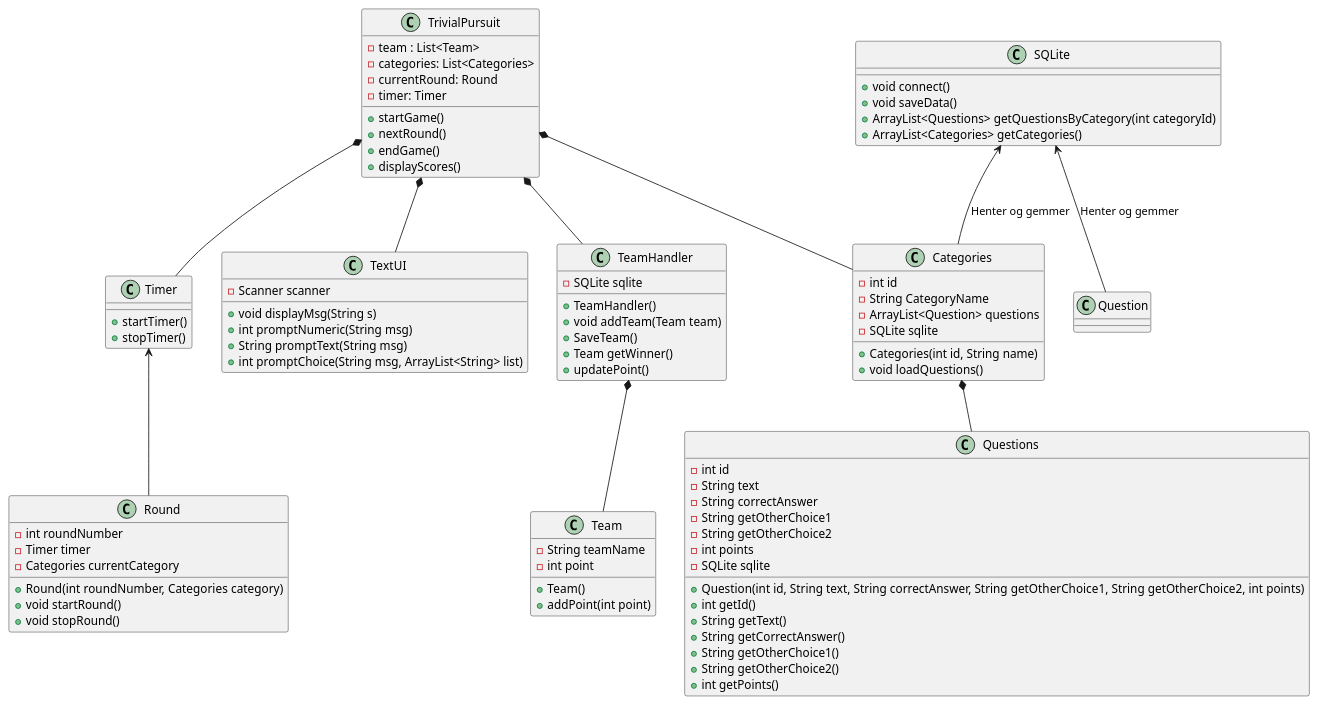
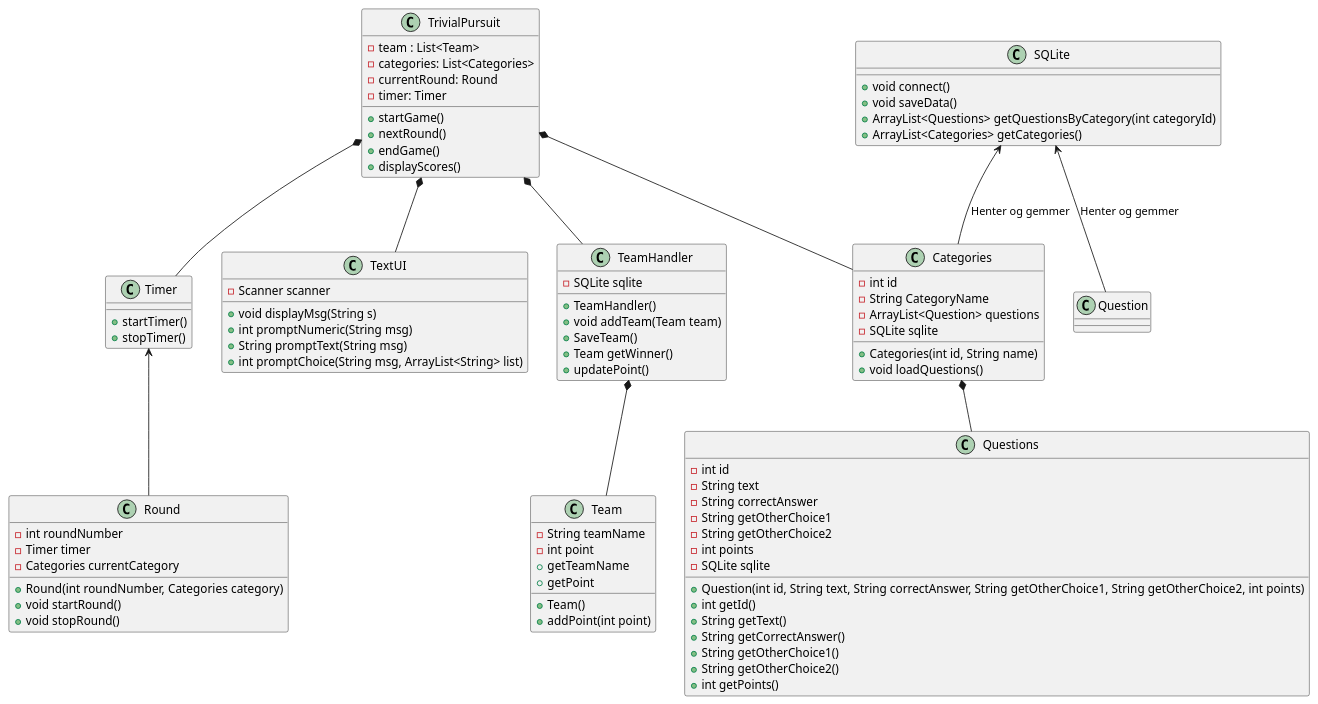
The diagram in UML/UML V1.puml (suzi558/ICE-project), drawn with PlantUML before and after one commit.

Commit message:
ændrig i klass diagram

```diff
--- a/UML/UML V1.puml
+++ b/UML/UML V1.puml
@@ -1,86 +1,87 @@
 @startuml
 Class TrivialPursuit{
 -team : List<Team>
 -categories: List<Categories>
 -currentRound: Round
 - timer: Timer
 + startGame()
 + nextRound()
 + endGame()
 + displayScores()
 }
 Class Categories{
 -int id
 -String CategoryName
 -ArrayList<Question> questions
 -SQLite sqlite
 +Categories(int id, String name)
 + void loadQuestions()
 }
 Class Team{
 - String teamName
 -int point
 +Team()
 +addPoint(int point)
-
++getTeamName
++getPoint
 }
 Class TeamHandler{
 -SQLite sqlite
 +TeamHandler()
 +void addTeam(Team team)
 +SaveTeam()
 +Team getWinner()
 +updatePoint()
 }
 Class Timer{
 +startTimer()
 +stopTimer()
 }
 Class Questions{
 -int id
 -String text
 -String correctAnswer
 -String getOtherChoice1
 -String getOtherChoice2
 -int points
 -SQLite sqlite
 +Question(int id, String text, String correctAnswer, String getOtherChoice1, String getOtherChoice2, int points)
 +int getId()
 +String getText()
 +String getCorrectAnswer()
 +String getOtherChoice1()
 +String getOtherChoice2()
 +int getPoints()
 }
 Class SQLite{
 +void connect()
 +void saveData()
 +ArrayList<Questions> getQuestionsByCategory(int categoryId)
 +ArrayList<Categories> getCategories()
 }
 Class TextUI{
 - Scanner scanner
 + void displayMsg(String s)
 + int promptNumeric(String msg)
 + String promptText(String msg)
 + int promptChoice(String msg, ArrayList<String> list)
 }
 Class Round{
  -int roundNumber
   -Timer timer
   -Categories currentCategory
   +Round(int roundNumber, Categories category)
   +void startRound()
   +void stopRound()
 }
 TrivialPursuit *-- Categories
 TrivialPursuit *-- TeamHandler
 TrivialPursuit *-- Timer
 TrivialPursuit *-- TextUI
 
 Categories *-- Questions
 TeamHandler *-- Team
 SQLite <-- Categories : "Henter og gemmer"
 SQLite <-- Question : "Henter og gemmer"
 Timer <-- Round
 @enduml
```
